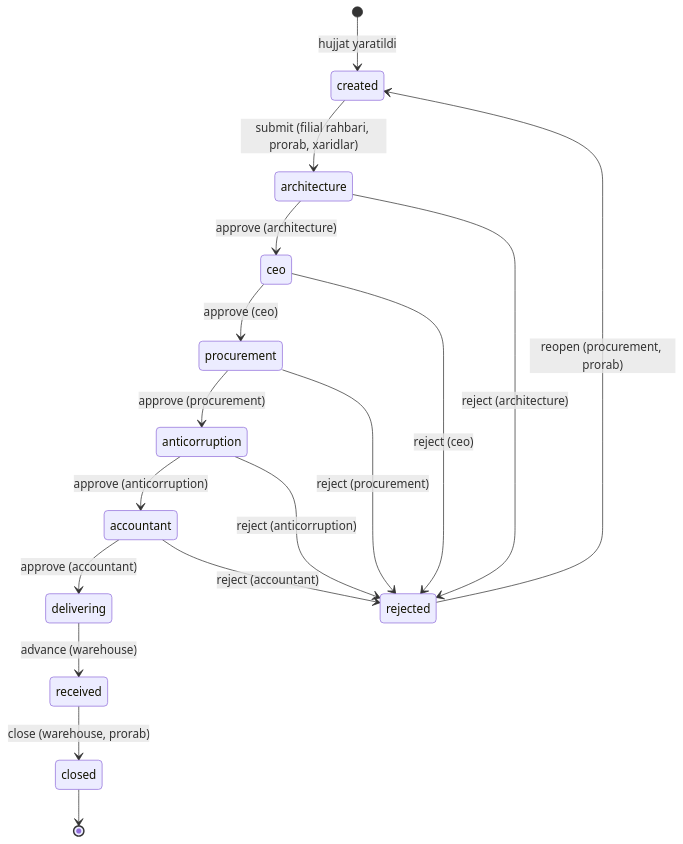
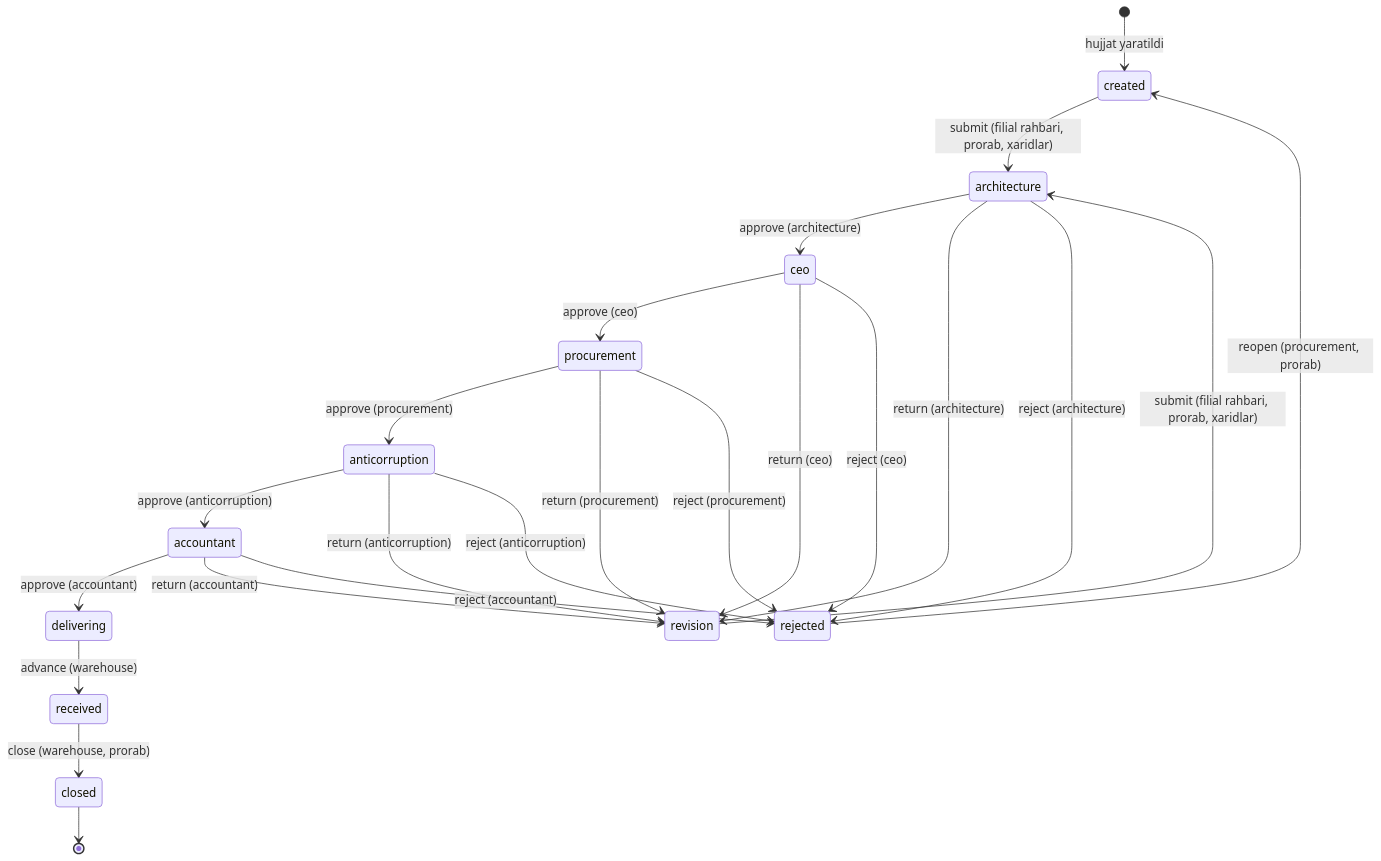
Before and after one commit to muslimbek77/e-ombor: the diagram in docs/TIZIM.md, drawn with Mermaid. The commit also changed other lines of this file and 18 other files, not shown here.

````diff
--- a/docs/TIZIM.md
+++ b/docs/TIZIM.md
@@ -260,19 +276,25 @@
 ```mermaid
 stateDiagram-v2
     [*] --> created: hujjat yaratildi
     created --> architecture: submit (filial rahbari, prorab, xaridlar)
+    revision --> architecture: submit (filial rahbari, prorab, xaridlar)
     architecture --> ceo: approve (architecture)
+    architecture --> revision: return (architecture)
     architecture --> rejected: reject (architecture)
     ceo --> procurement: approve (ceo)
+    ceo --> revision: return (ceo)
     ceo --> rejected: reject (ceo)
     procurement --> anticorruption: approve (procurement)
+    procurement --> revision: return (procurement)
     procurement --> rejected: reject (procurement)
     anticorruption --> accountant: approve (anticorruption)
+    anticorruption --> revision: return (anticorruption)
     anticorruption --> rejected: reject (anticorruption)
     accountant --> delivering: approve (accountant)
+    accountant --> revision: return (accountant)
     accountant --> rejected: reject (accountant)
     delivering --> received: advance (warehouse)
     received --> closed: close (warehouse, prorab)
     rejected --> created: reopen (procurement, prorab)
     closed --> [*]
 ```
````
